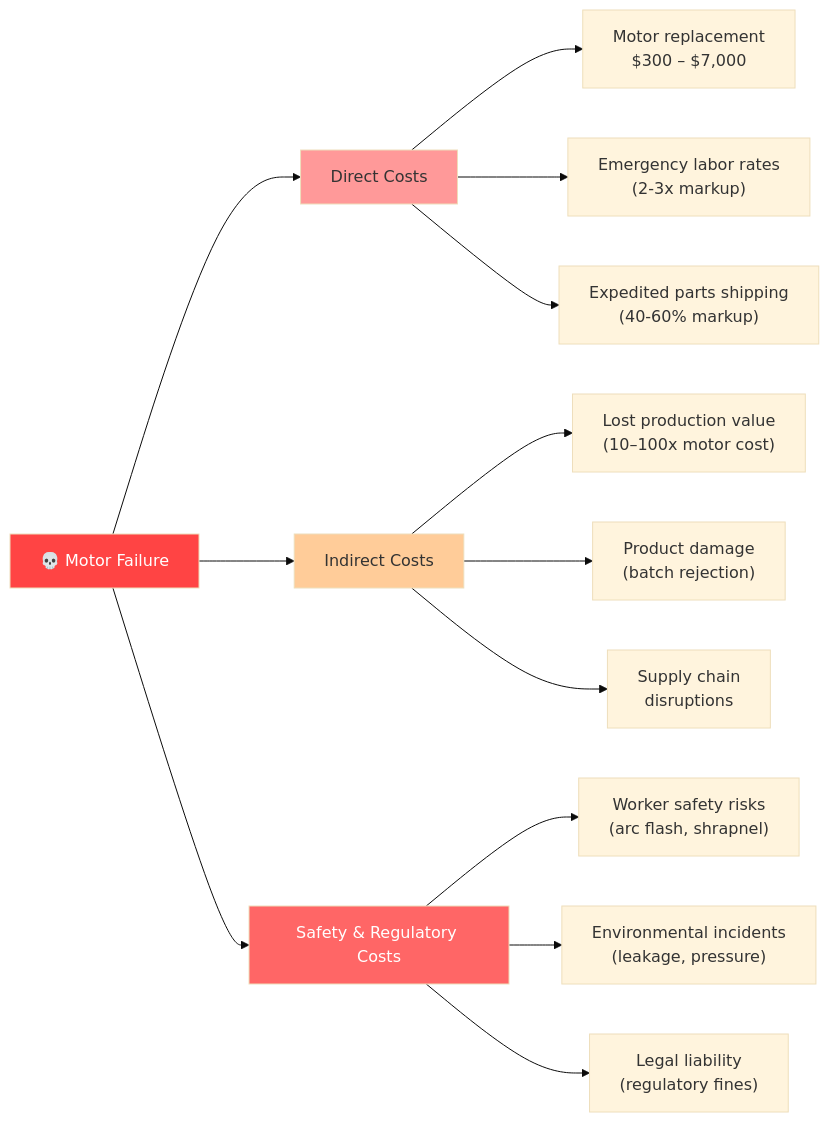
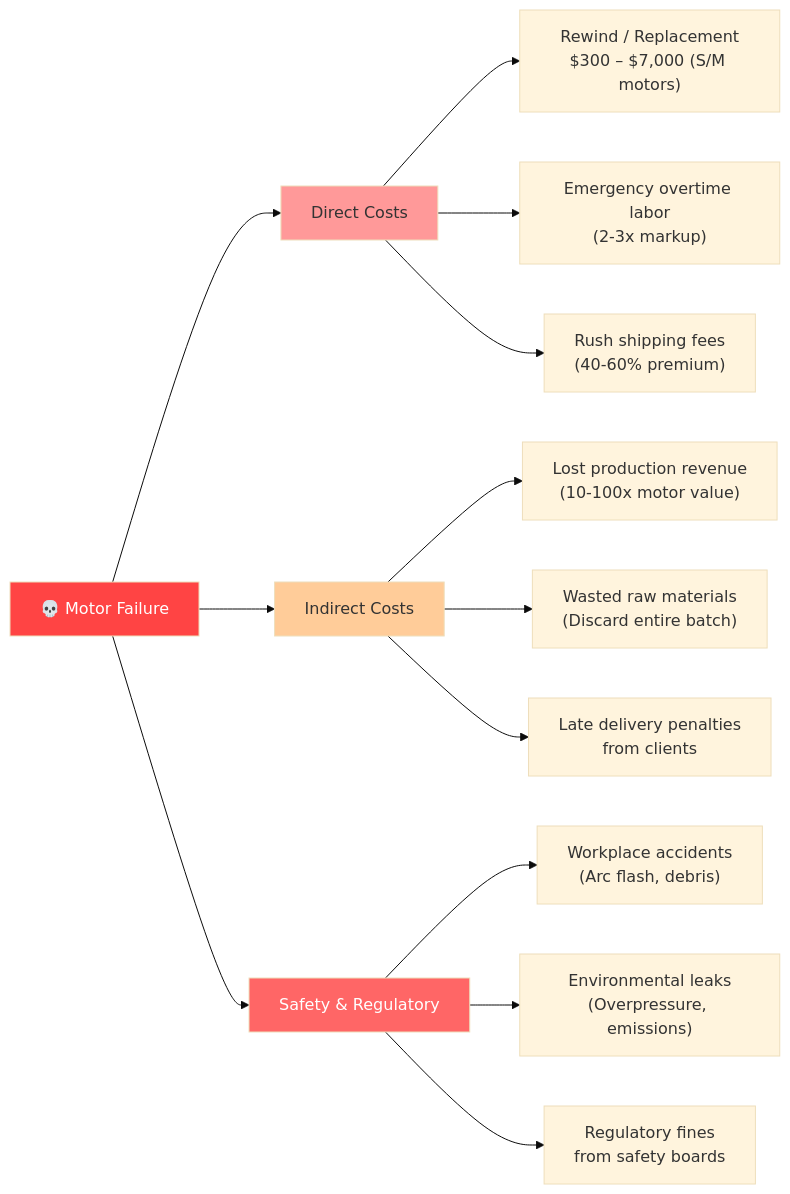
One commit to DoBinh1/Dr.Liou-2026 changed the second of 2 diagrams in technical_report_en/technical_report_motor_fault_diagnosis_en.md. Above: the diagram before and after it, drawn with Mermaid (base theme). The commit also changed other lines of this file, not shown here.

````diff
--- a/technical_report_en/technical_report_motor_fault_diagnosis_en.md
+++ b/technical_report_en/technical_report_motor_fault_diagnosis_en.md
@@ -344,23 +361,23 @@
 ```mermaid
 graph LR
     A["💀 Motor Failure"] --> B["Direct Costs"]
     A --> C["Indirect Costs"]
-    A --> D["Safety & Regulatory Costs"]
+    A --> D["Safety & Regulatory"]
     
-    B --> B1["Motor replacement\n$300 – $7,000"]
-    B --> B2["Emergency labor rates\n(2-3x markup)"]
-    B --> B3["Expedited parts shipping\n(40-60% markup)"]
+    B --> B1["Rewind / Replacement\n$300 – $7,000 (S/M motors)"]
+    B --> B2["Emergency overtime labor\n(2-3x markup)"]
+    B --> B3["Rush shipping fees\n(40-60% premium)"]
     
-    C --> C1["Lost production value\n(10–100x motor cost)"]
-    C --> C2["Product damage\n(batch rejection)"]
-    C --> C3["Supply chain\ndisruptions"]
+    C --> C1["Lost production revenue\n(10-100x motor value)"]
+    C --> C2["Wasted raw materials\n(Discard entire batch)"]
+    C --> C3["Late delivery penalties\nfrom clients"]
     
-    D --> D1["Worker safety risks\n(arc flash, shrapnel)"]
-    D --> D2["Environmental incidents\n(leakage, pressure)"]
-    D --> D3["Legal liability\n(regulatory fines)"]
+    D --> D1["Workplace accidents\n(Arc flash, debris)"]
+    D --> D2["Environmental leaks\n(Overpressure, emissions)"]
+    D --> D3["Regulatory fines\nfrom safety boards"]
     
     style A fill:#ff4444,color:#fff
     style B fill:#ff9999
     style C fill:#ffcc99
     style D fill:#ff6666,color:#fff
 ```
````
